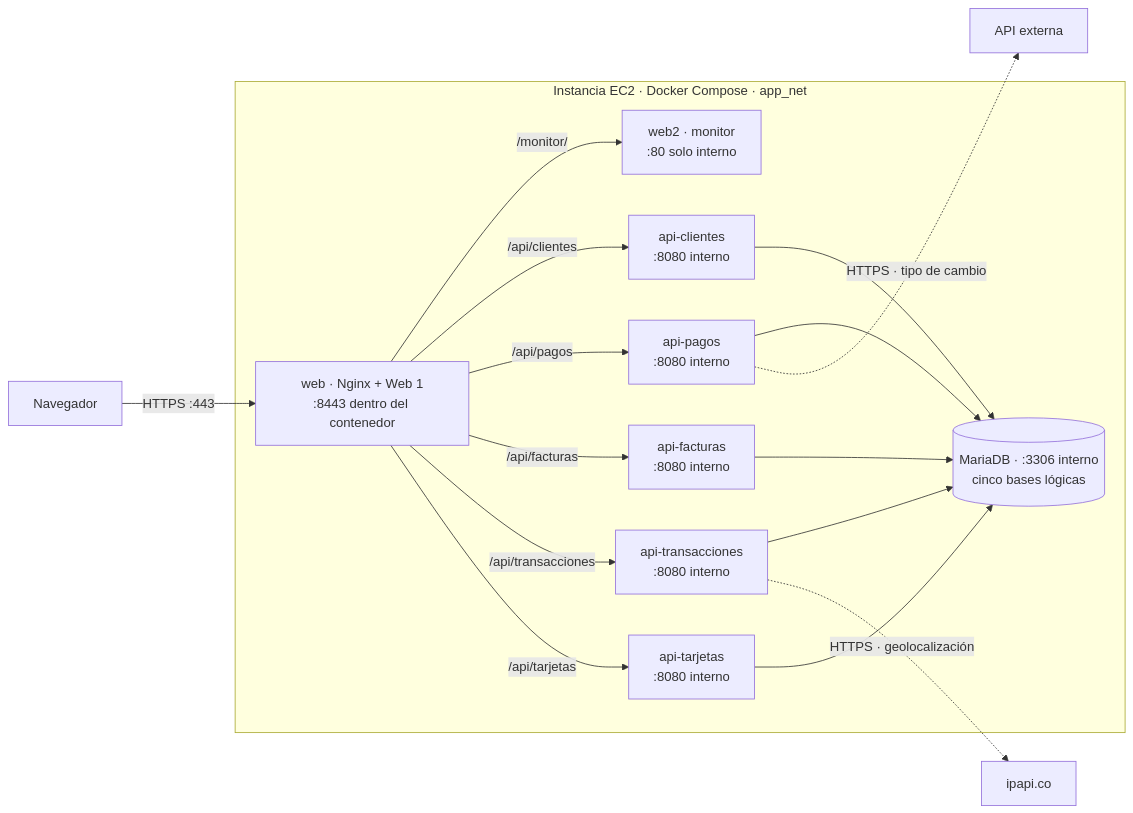
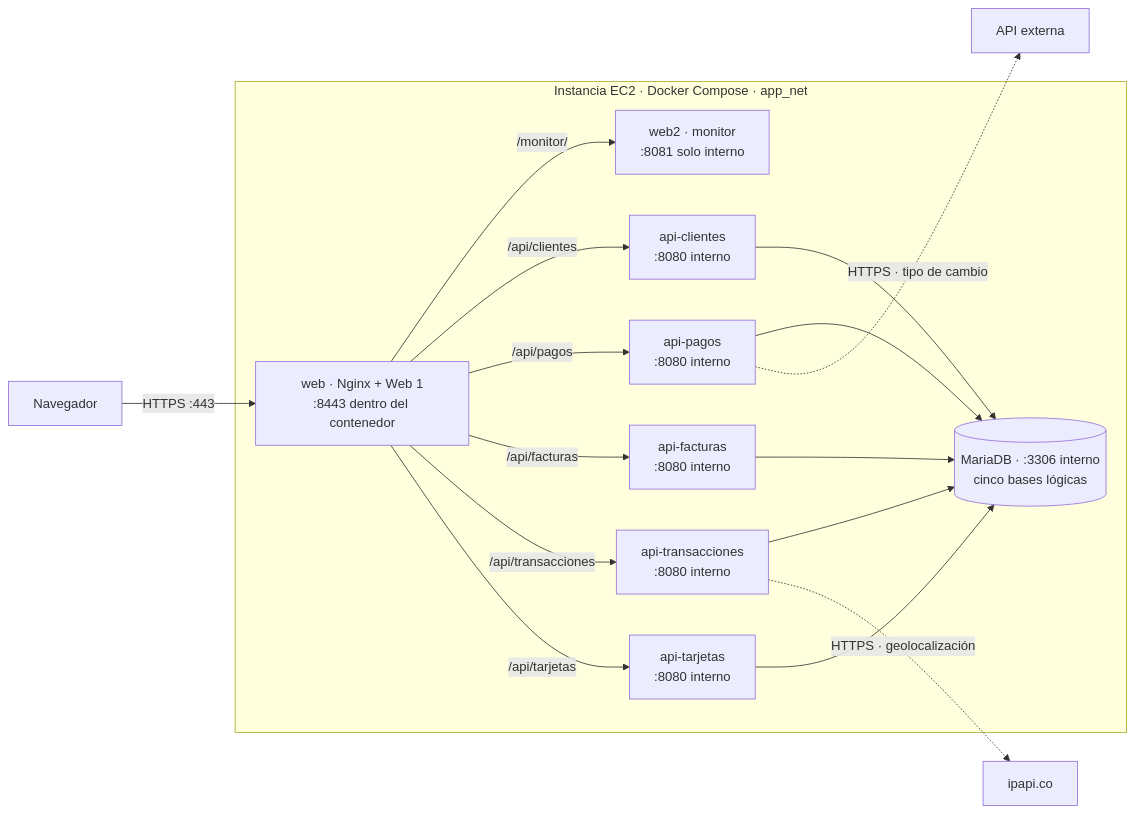
Before and after one commit to arelipaez727/aws-dockerized-fintech: the diagram in README.md, drawn with Mermaid. The commit also changed 33 other files, not shown here.

````diff
--- a/README.md
+++ b/README.md
@@ -5,31 +5,31 @@
 ```mermaid
 flowchart LR
     usuario["Navegador"] -- "HTTPS :443" --> web
 
     subgraph ec2["Instancia EC2 · Docker Compose · app_net"]
         web["web · Nginx + Web 1<br/>:8443 dentro del contenedor"]
-        web2["web2 · monitor<br/>:80 solo interno"]
+        web2["web2 · monitor<br/>:8081 solo interno"]
         clientes["api-clientes<br/>:8080 interno"]
         pagos["api-pagos<br/>:8080 interno"]
         facturas["api-facturas<br/>:8080 interno"]
         transacciones["api-transacciones<br/>:8080 interno"]
         tarjetas["api-tarjetas<br/>:8080 interno"]
         db[("MariaDB · :3306 interno<br/>cinco bases lógicas")]
 
         web -- "/monitor/" --> web2
         web -- "/api/clientes" --> clientes
         web -- "/api/pagos" --> pagos
         web -- "/api/facturas" --> facturas
         web -- "/api/transacciones" --> transacciones
         web -- "/api/tarjetas" --> tarjetas
 
         clientes --> db
         pagos --> db
         facturas --> db
         transacciones --> db
         tarjetas --> db
     end
 
     pagos -. "HTTPS · tipo de cambio" .-> cambio["API externa"]
     transacciones -. "HTTPS · geolocalización" .-> geo["ipapi.co"]
 ```
````
